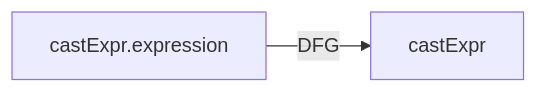
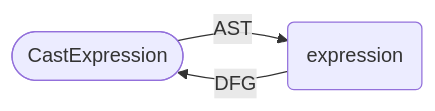
Before and after one commit to Fraunhofer-AISEC/cpg: the third of 19 diagrams in cpg-core/specifications/dfg.md, drawn with Mermaid. The commit also changed other lines of this file, not shown here.

Commit message:
Playing around with mermaid

````diff
--- a/cpg-core/specifications/dfg.md
+++ b/cpg-core/specifications/dfg.md
@@ -44,4 +44,5 @@
-  ```mermaid
+```mermaid
   flowchart LR
-    castExpr.expression -- DFG --> castExpr;
+    node([CastExpression]) -- AST --> expression(expression);
+    expression -- DFG --> node;
   ```
````
